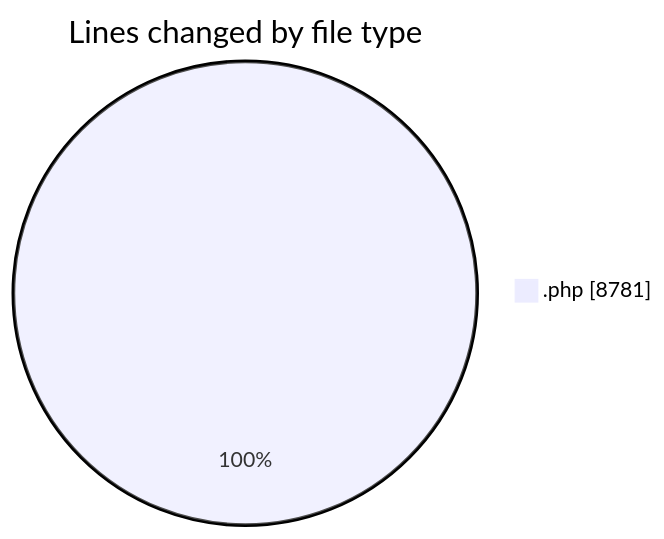
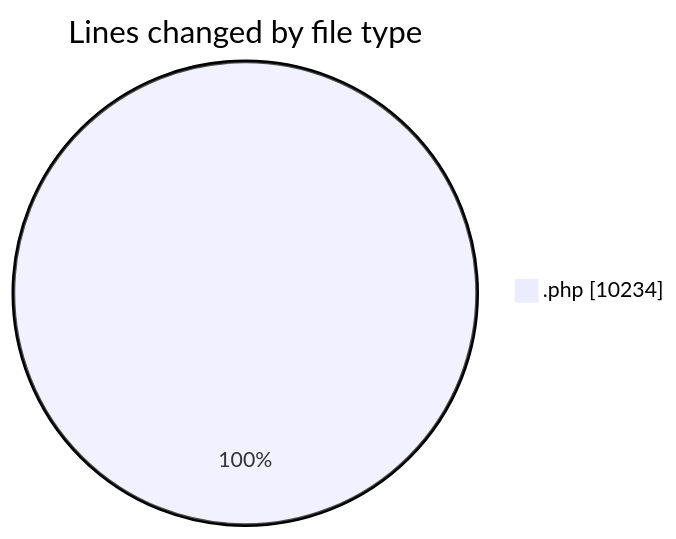
The first of 2 diagrams in 2025-07-21/shop/README.md (vahidmafi/code-tracking), drawn with Mermaid before and after one commit. The commit also changed other lines of this file and 1 other file, not shown here.

````diff
--- a/2025-07-21/shop/README.md
+++ b/2025-07-21/shop/README.md
@@ -24,5 +26,5 @@
 ```mermaid
 pie showData
 title Lines changed by file type
-".php" : 8781
+".php" : 10234
 ```
````
